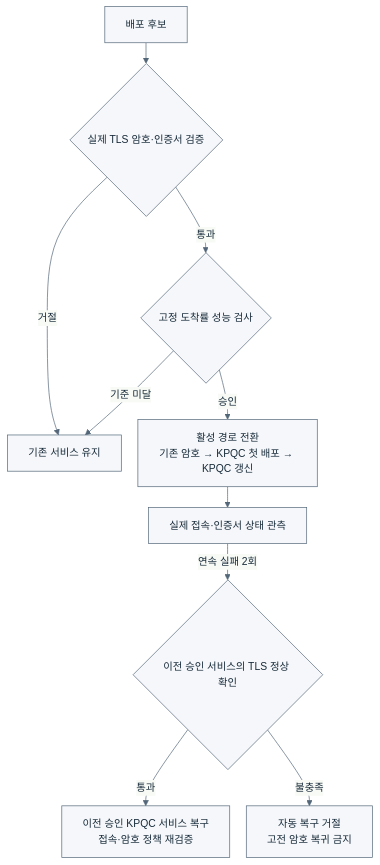
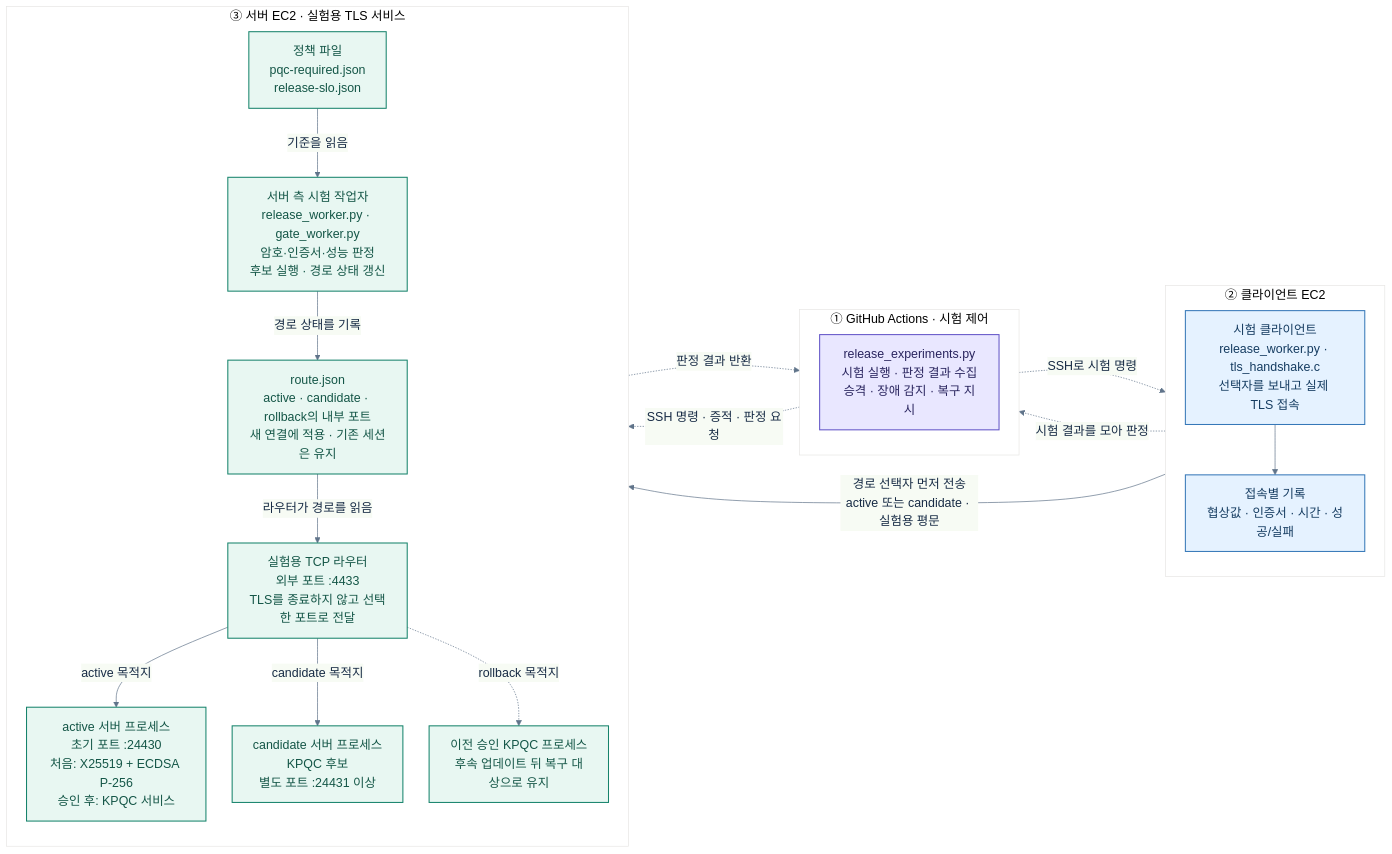
The diagram in experiments/devops/deployment-recovery/architecture.ko.mmd (17seetwice/kpqc-tls-devops-lab), drawn with Mermaid before and after one commit. The commit also changed 12 other files, not shown here.

Commit message:
docs: redesign beginner-friendly architecture diagrams

```diff
--- a/experiments/devops/deployment-recovery/architecture.ko.mmd
+++ b/experiments/devops/deployment-recovery/architecture.ko.mmd
@@ -1,11 +1,43 @@
-%%{init: {'theme':'base','themeVariables':{'primaryColor':'#F5F7FA','primaryBorderColor':'#536779','primaryTextColor':'#182B3A','lineColor':'#536779','fontFamily':'Arial, Apple SD Gothic Neo','fontSize':'15px'},'flowchart':{'htmlLabels':true,'nodeSpacing':24,'rankSpacing':30}}}%%
-flowchart TB
-  C["배포 후보"] --> G{"실제 TLS 암호·인증서 검증"}
-  G -->|통과| P{"고정 도착률 성능 검사"}
-  G -->|거절| K["기존 서비스 유지"]
-  P -->|기준 미달| K
-  P -->|승인| A["활성 경로 전환<br/>기존 암호 → KPQC 첫 배포 → KPQC 갱신"]
-  A --> H["실제 접속·인증서 상태 관측"]
-  H -->|"연속 실패 2회"| R{"이전 승인 서비스의 TLS 정상 확인"}
-  R -->|통과| B["이전 승인 KPQC 서비스 복구<br/>접속·암호 정책 재검증"]
-  R -->|불충족| X["자동 복구 거절<br/>고전 암호 복귀 금지"]
+%%{init: {'theme':'base','themeVariables':{'primaryColor':'#F4F7FB','primaryBorderColor':'#5B6F86','primaryTextColor':'#172B45','lineColor':'#60748A','fontFamily':'Arial, Apple SD Gothic Neo','fontSize':'18px'},'flowchart':{'htmlLabels':true,'nodeSpacing':38,'rankSpacing':48,'curve':'basis'}}}%%
+flowchart LR
+  subgraph CONTROL["① GitHub Actions · 시험 제어"]
+    direction TB
+    CI["release_experiments.py<br/>시험 실행 · 판정 결과 수집<br/>승격 · 장애 감지 · 복구 지시"]
+  end
+
+  subgraph CLIENT["② 클라이언트 EC2"]
+    direction TB
+      TEST["시험 클라이언트<br/>release_worker.py · tls_handshake.c<br/>선택자를 보내고 실제 TLS 접속"]
+    RECORD["접속별 기록<br/>협상값 · 인증서 · 시간 · 성공/실패"]
+    TEST --> RECORD
+  end
+
+  subgraph SERVER["③ 서버 EC2 · 실험용 TLS 서비스"]
+    direction TB
+    WORKER["서버 측 시험 작업자<br/>release_worker.py · gate_worker.py<br/>암호·인증서·성능 판정<br/>후보 실행 · 경로 상태 갱신"]
+    POLICY["정책 파일<br/>pqc-required.json<br/>release-slo.json"]
+    STATE["route.json<br/>active · candidate · rollback의 내부 포트<br/>새 연결에 적용 · 기존 세션은 유지"]
+    ROUTER["실험용 TCP 라우터<br/>외부 포트 :4433<br/>TLS를 종료하지 않고 선택한 포트로 전달"]
+    ACTIVE["active 서버 프로세스<br/>초기 포트 :24430<br/>처음: X25519 + ECDSA P-256<br/>승인 후: KPQC 서비스"]
+    CANDIDATE["candidate 서버 프로세스<br/>KPQC 후보<br/>별도 포트 :24431 이상"]
+    PREVIOUS["이전 승인 KPQC 프로세스<br/>후속 업데이트 뒤 복구 대상으로 유지"]
+    POLICY -->|기준을 읽음| WORKER
+    WORKER -->|경로 상태를 기록| STATE
+    STATE -->|라우터가 경로를 읽음| ROUTER
+    ROUTER -->|active 목적지| ACTIVE
+    ROUTER -->|candidate 목적지| CANDIDATE
+    ROUTER -.->|rollback 목적지| PREVIOUS
+  end
+
+  CI -. SSH로 시험 명령 .-> TEST
+  CI -. SSH 명령 · 증적 · 판정 요청 .-> WORKER
+  WORKER -. 판정 결과 반환 .-> CI
+  TEST -->|"경로 선택자 먼저 전송<br/>active 또는 candidate · 실험용 평문"| ROUTER
+  RECORD -. 시험 결과를 모아 판정 .-> CI
+
+  classDef control fill:#E9E7FF,stroke:#6254C7,color:#29245E,stroke-width:1.5px;
+  classDef client fill:#E5F2FF,stroke:#3678B8,color:#153C61,stroke-width:1.5px;
+  classDef server fill:#E8F7F2,stroke:#16836B,color:#145647,stroke-width:1.5px;
+  class CI control;
+  class TEST,RECORD client;
+  class WORKER,POLICY,STATE,ROUTER,ACTIVE,CANDIDATE,PREVIOUS server;
```
